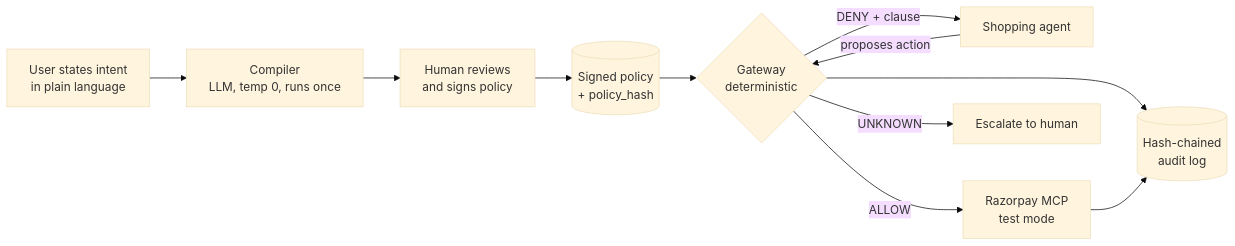
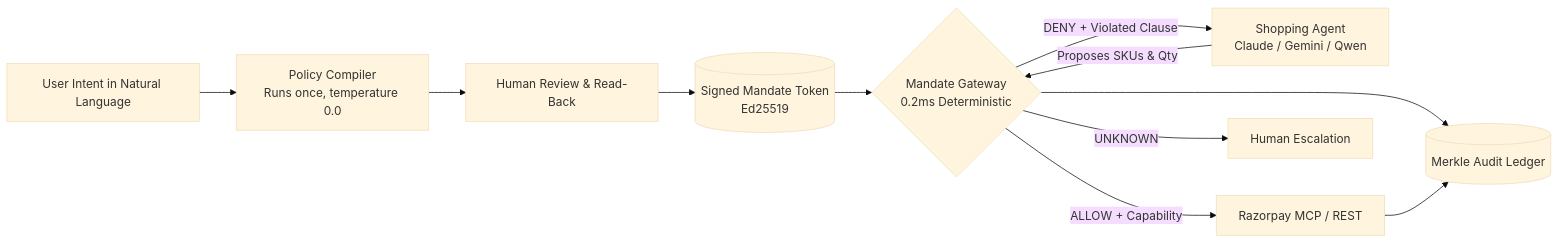
One commit to Sky-walkerX/razorpay-mandate changed the diagram in README.md. Above: the diagram before and after it, drawn with Mermaid (base theme). The commit also changed other lines of this file and 1191 other files, not shown here.

Commit message:
docs: streamline repository structure, add comprehensive architecture specification, and polish product readme

````diff
--- a/README.md
+++ b/README.md
@@ -60,13 +39,13 @@
 ```mermaid
 flowchart LR
-    U[User states intent<br/>in plain language] --> C[Compiler<br/>LLM, temp 0, runs once]
-    C --> R[Human reviews<br/>and signs policy]
-    R --> P[(Signed policy<br/>+ policy_hash)]
-    A[Shopping agent] -->|proposes action| G{Gateway<br/>deterministic}
-    P --> G
-    G -->|ALLOW| RZP[Razorpay MCP<br/>test mode]
-    G -->|DENY + clause| A
-    G -->|UNKNOWN| H[Escalate to human]
-    G --> L[(Hash-chained<br/>audit log)]
+    U[User Intent in Natural Language] --> C[Policy Compiler<br/>Runs once, temperature 0.0]
+    C --> R[Human Review & Read-Back]
+    R --> S[(Signed Mandate Token<br/>Ed25519)]
+    A[Shopping Agent<br/>Claude / Gemini / Qwen] -->|Proposes SKUs & Qty| G{Mandate Gateway<br/>0.2ms Deterministic}
+    S --> G
+    G -->|ALLOW + Capability| RZP[Razorpay MCP / REST]
+    G -->|DENY + Violated Clause| A
+    G -->|UNKNOWN| H[Human Escalation]
+    G --> L[(Merkle Audit Ledger)]
     RZP --> L
 ```
````
